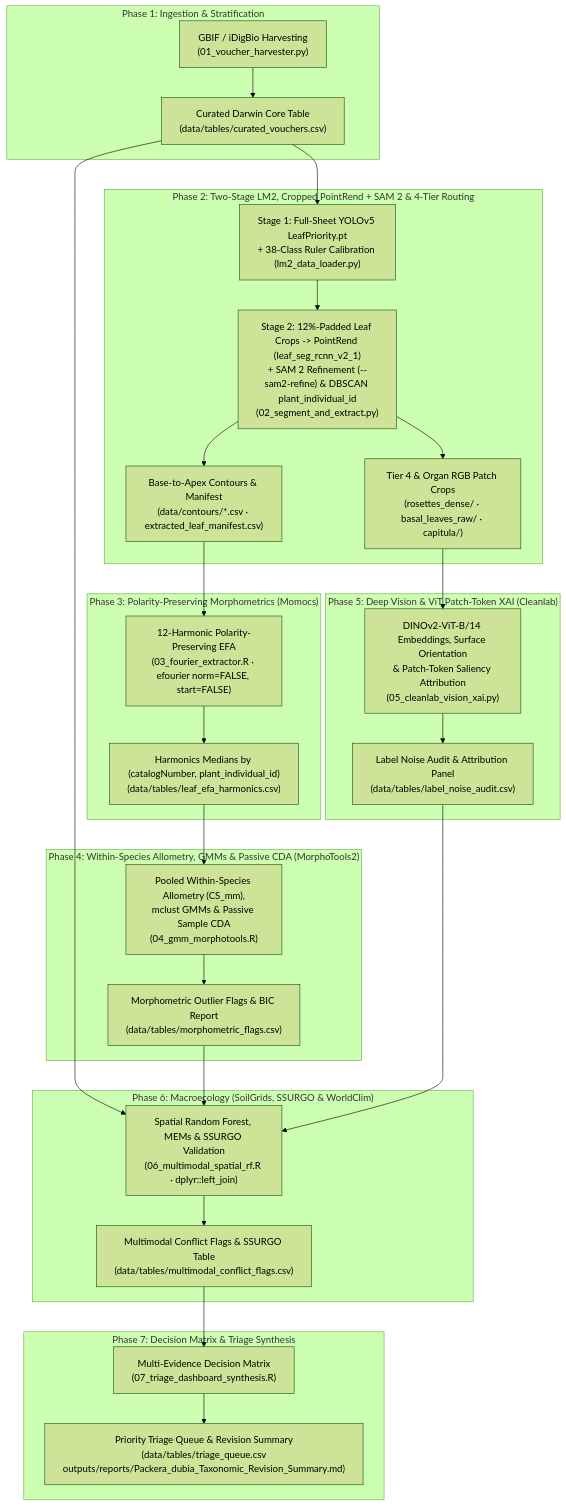
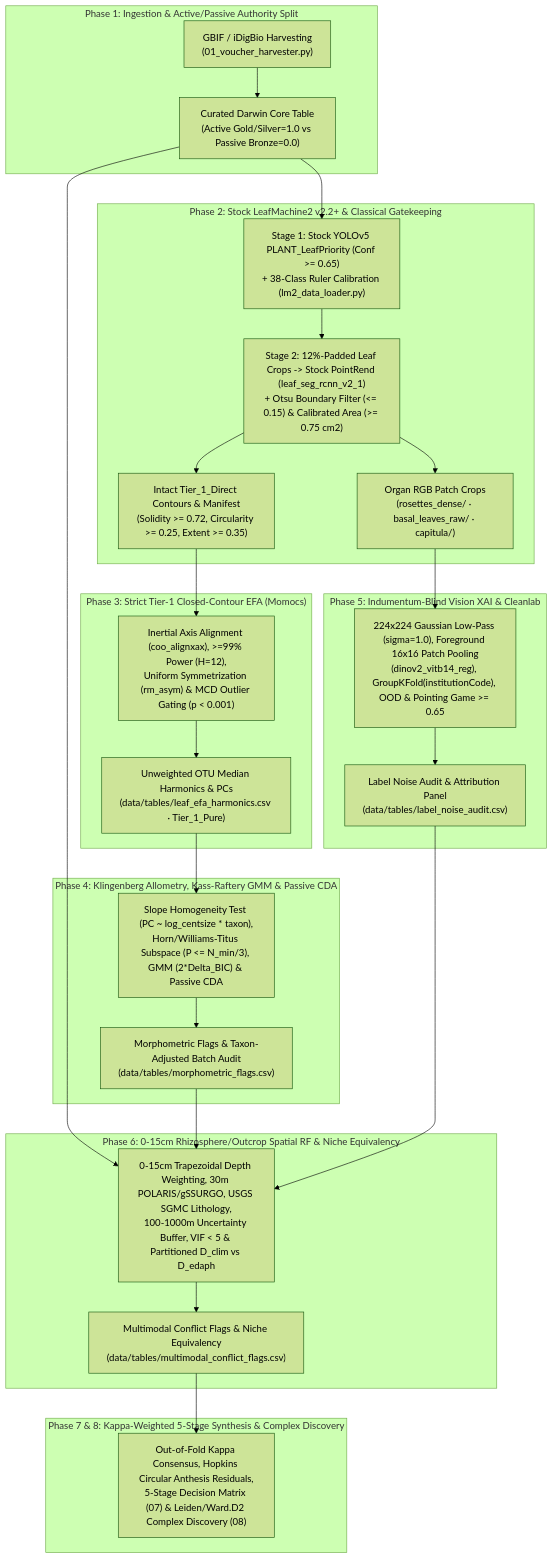
One commit to Plantatsrophe/Packera_dubia_morphometrics changed the diagram in docs/WORKFLOW_GUIDE.md. Above: the diagram before and after it, drawn with Mermaid (forest theme). The commit also changed other lines of this file and 13 other files, not shown here.

````diff
--- a/docs/WORKFLOW_GUIDE.md
+++ b/docs/WORKFLOW_GUIDE.md
@@ -286,38 +105,37 @@
 ```mermaid
 flowchart TD
-    subgraph P1["Phase 1: Ingestion & Stratification"]
-        A["GBIF / iDigBio Harvesting\n(01_voucher_harvester.py)"] --> B["Curated Darwin Core Table\n(data/tables/curated_vouchers.csv)"]
+    subgraph P1["Phase 1: Ingestion & Active/Passive Authority Split"]
+        A["GBIF / iDigBio Harvesting\n(01_voucher_harvester.py)"] --> B["Curated Darwin Core Table\n(Active Gold/Silver=1.0 vs Passive Bronze=0.0)"]
     end
 
-    subgraph P2["Phase 2: Two-Stage LM2, Cropped PointRend + SAM 2 & 4-Tier Routing"]
-        B --> C["Stage 1: Full-Sheet YOLOv5 LeafPriority.pt\n+ 38-Class Ruler Calibration (lm2_data_loader.py)"]
-        C --> D["Stage 2: 12%-Padded Leaf Crops -> PointRend (leaf_seg_rcnn_v2_1)\n+ SAM 2 Refinement (--sam2-refine) & DBSCAN plant_individual_id\n(02_segment_and_extract.py)"]
-        D --> D1["Base-to-Apex Contours & Manifest\n(data/contours/*.csv · extracted_leaf_manifest.csv)"]
-        D --> D2["Tier 4 & Organ RGB Patch Crops\n(rosettes_dense/ · basal_leaves_raw/ · capitula/)"]
+    subgraph P2["Phase 2: Stock LeafMachine2 v2.2+ & Classical Gatekeeping"]
+        B --> C["Stage 1: Stock YOLOv5 PLANT_LeafPriority (Conf >= 0.65)\n+ 38-Class Ruler Calibration (lm2_data_loader.py)"]
+        C --> D["Stage 2: 12%-Padded Leaf Crops -> Stock PointRend (leaf_seg_rcnn_v2_1)\n+ Otsu Boundary Filter (<= 0.15) & Calibrated Area (>= 0.75 cm2)"]
+        D --> D1["Intact Tier_1_Direct Contours & Manifest\n(Solidity >= 0.72, Circularity >= 0.25, Extent >= 0.35)"]
+        D --> D2["Organ RGB Patch Crops\n(rosettes_dense/ · basal_leaves_raw/ · capitula/)"]
     end
 
-    subgraph P3["Phase 3: Polarity-Preserving Morphometrics (Momocs)"]
-        D1 --> E["12-Harmonic Polarity-Preserving EFA\n(03_fourier_extractor.R · efourier norm=FALSE, start=FALSE)"]
-        E --> F["Harmonics Medians by (catalogNumber, plant_individual_id)\n(data/tables/leaf_efa_harmonics.csv)"]
+    subgraph P3["Phase 3: Strict Tier-1 Closed-Contour EFA (Momocs)"]
+        D1 --> E["Inertial Axis Alignment (coo_alignxax), >=99% Power (H=12),\nUniform Symmetrization (rm_asym) & MCD Outlier Gating (p < 0.001)"]
+        E --> F["Unweighted OTU Median Harmonics & PCs\n(data/tables/leaf_efa_harmonics.csv · Tier_1_Pure)"]
     end
 
-    subgraph P4["Phase 4: Within-Species Allometry, GMMs & Passive CDA (MorphoTools2)"]
-        F --> G["Pooled Within-Species Allometry (CS_mm),\nmclust GMMs & Passive Sample CDA\n(04_gmm_morphotools.R)"]
-        G --> H["Morphometric Outlier Flags & BIC Report\n(data/tables/morphometric_flags.csv)"]
+    subgraph P4["Phase 4: Klingenberg Allometry, Kass-Raftery GMM & Passive CDA"]
+        F --> G["Slope Homogeneity Test (PC ~ log_centsize * taxon),\nHorn/Williams-Titus Subspace (P <= N_min/3), GMM (2*Delta_BIC) & Passive CDA"]
+        G --> H["Morphometric Flags & Taxon-Adjusted Batch Audit\n(data/tables/morphometric_flags.csv)"]
     end
 
-    subgraph P5["Phase 5: Deep Vision & ViT Patch-Token XAI (Cleanlab)"]
-        D2 --> I["DINOv2-ViT-B/14 Embeddings, Surface Orientation\n& Patch-Token Saliency Attribution\n(05_cleanlab_vision_xai.py)"]
+    subgraph P5["Phase 5: Indumentum-Blind Vision XAI & Cleanlab"]
+        D2 --> I["224x224 Gaussian Low-Pass (sigma=1.0), Foreground 16x16 Patch Pooling\n(dinov2_vitb14_reg), GroupKFold(institutionCode), OOD & Pointing Game >= 0.65"]
         I --> J["Label Noise Audit & Attribution Panel\n(data/tables/label_noise_audit.csv)"]
     end
 
-    subgraph P6["Phase 6: Macroecology (SoilGrids, SSURGO & WorldClim)"]
-        B & H & J --> K["Spatial Random Forest, MEMs & SSURGO Validation\n(06_multimodal_spatial_rf.R · dplyr::left_join)"]
-        K --> L["Multimodal Conflict Flags & SSURGO Table\n(data/tables/multimodal_conflict_flags.csv)"]
+    subgraph P6["Phase 6: 0-15cm Rhizosphere/Outcrop Spatial RF & Niche Equivalency"]
+        B & H & J --> K["0-15cm Trapezoidal Depth Weighting, 30m POLARIS/gSSURGO, USGS SGMC Lithology,\n100-1000m Uncertainty Buffer, VIF < 5 & Partitioned D_clim vs D_edaph"]
+        K --> L["Multimodal Conflict Flags & Niche Equivalency\n(data/tables/multimodal_conflict_flags.csv)"]
     end
 
-    subgraph P7["Phase 7: Decision Matrix & Triage Synthesis"]
-        L --> M["Multi-Evidence Decision Matrix\n(07_triage_dashboard_synthesis.R)"]
-        M --> N["Priority Triage Queue & Revision Summary\n(data/tables/triage_queue.csv\noutputs/reports/Packera_dubia_Taxonomic_Revision_Summary.md)"]
+    subgraph P7["Phase 7 & 8: Kappa-Weighted 5-Stage Synthesis & Complex Discovery"]
+        L --> M["Out-of-Fold Kappa Consensus, Hopkins Circular Anthesis Residuals,\n5-Stage Decision Matrix (07) & Leiden/Ward.D2 Complex Discovery (08)"]
     end
 ```
````
